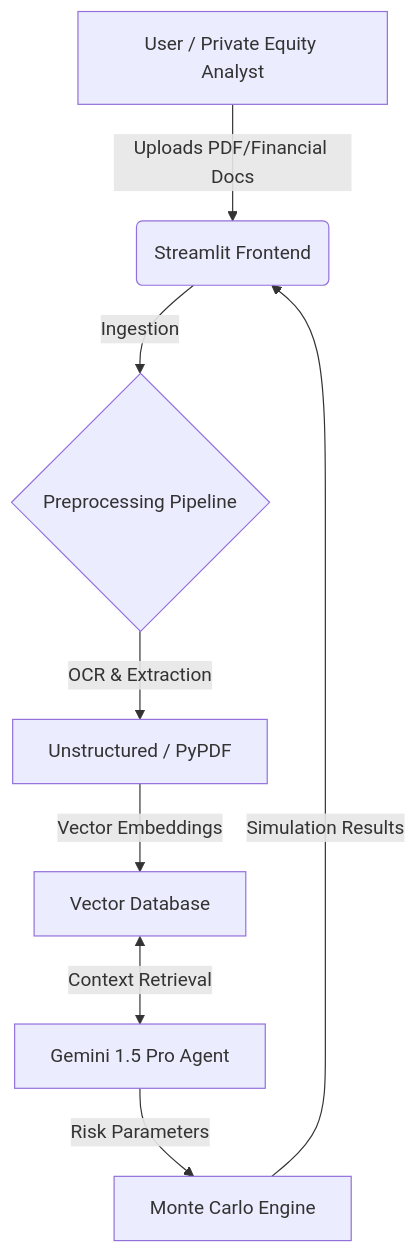
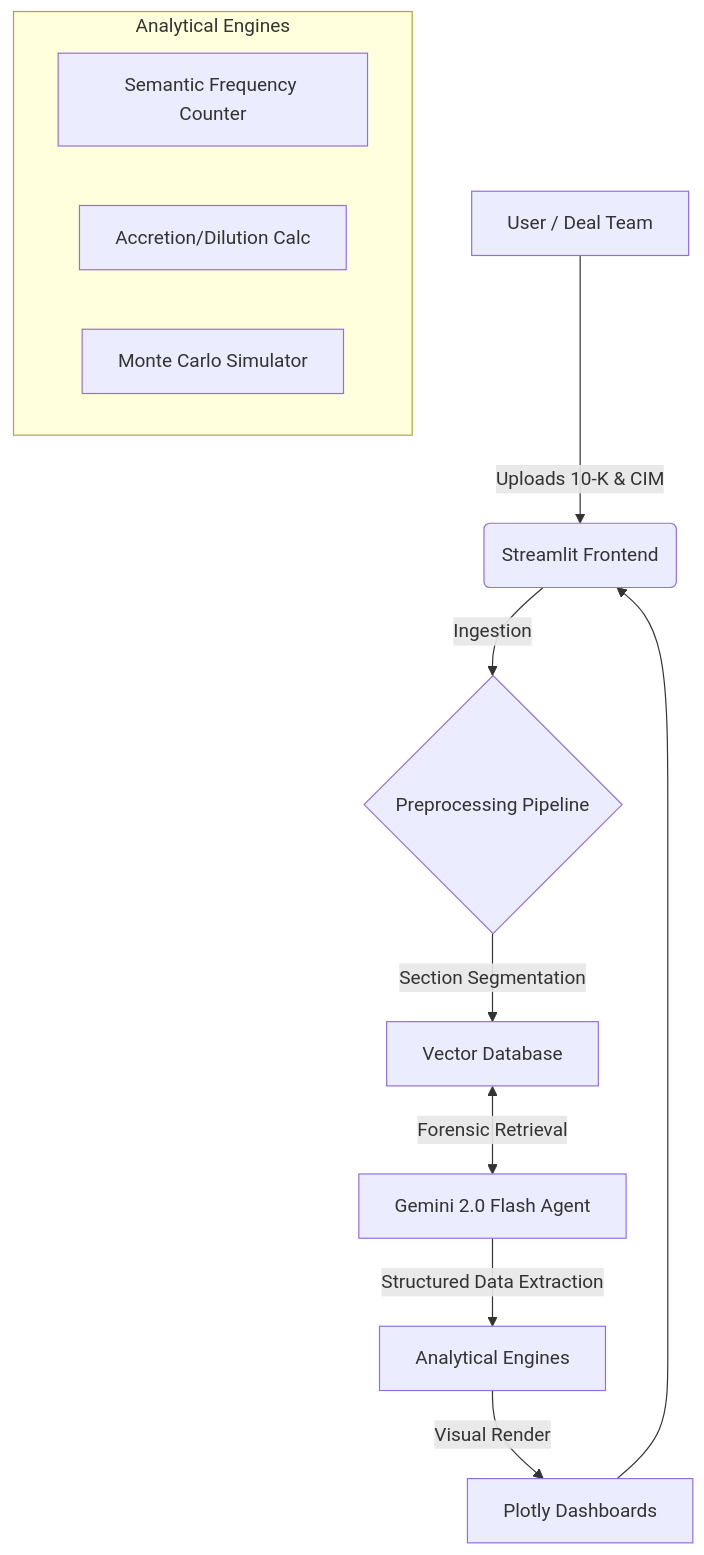
One commit to Gem-code/AlphaGuard-MA-Risk-Engine changed the diagram in README.md. Above: the diagram before and after it, drawn with Mermaid. The commit also changed other lines of this file, not shown here.

````diff
--- a/README.md
+++ b/README.md
@@ -52,10 +55,17 @@
 ```mermaid
 graph TD
-    A[User / Private Equity Analyst] -->|Uploads PDF/Financial Docs| B(Streamlit Frontend)
+    A[User / Deal Team] -->|Uploads 10-K & CIM| B(Streamlit Frontend)
     B -->|Ingestion| C{Preprocessing Pipeline}
-    C -->|OCR & Extraction| D[Unstructured / PyPDF]
-    D -->|Vector Embeddings| E[Vector Database]
-    E <-->|Context Retrieval| F[Gemini 1.5 Pro Agent]
-    F -->|Risk Parameters| G[Monte Carlo Engine]
-    G -->|Simulation Results| B
+    C -->|Section Segmentation| D[Vector Database]
+    D <-->|Forensic Retrieval| E[Gemini 2.0 Flash Agent]
+    E -->|Structured Data Extraction| F[Analytical Engines]
+    
+    subgraph "Analytical Engines"
+    F1[Semantic Frequency Counter]
+    F2[Accretion/Dilution Calc]
+    F3[Monte Carlo Simulator]
+    end
+    
+    F -->|Visual Render| G[Plotly Dashboards]
+    G --> B
 ```
````
